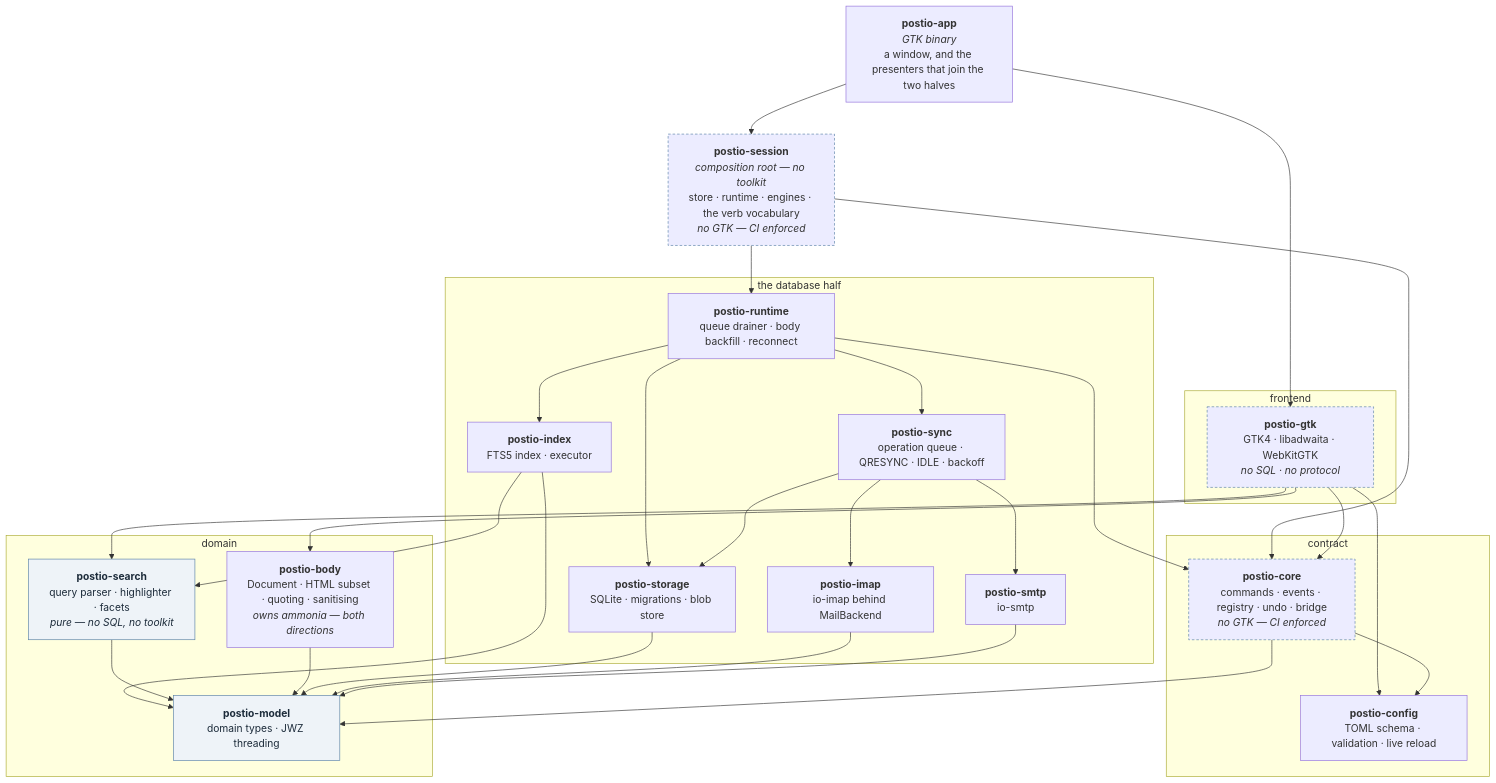
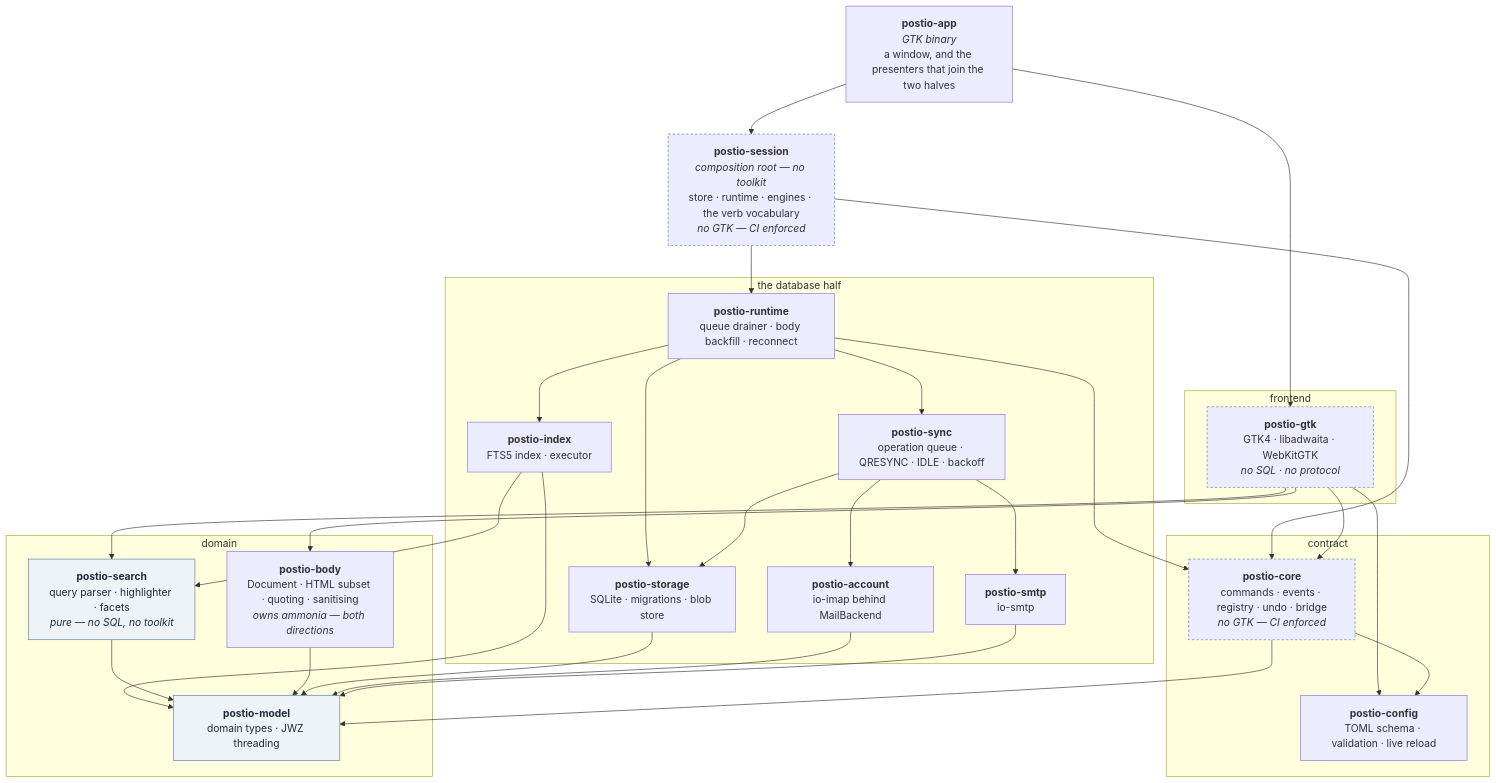
Before and after one commit to dlapiduz/postio: the diagram in docs/ARCHITECTURE.md, drawn with Mermaid. The commit also changed other lines of this file and 201 other files, not shown here.

````diff
--- a/docs/ARCHITECTURE.md
+++ b/docs/ARCHITECTURE.md
@@ -15,59 +15,59 @@
 ```mermaid
 graph TD
     app["<b>postio-app</b><br/><i>GTK binary</i><br/>a window, and the presenters that join the two halves"]
     session["<b>postio-session</b><br/><i>composition root — no toolkit</i><br/>store · runtime · engines · the verb vocabulary<br/><i>no GTK — CI enforced</i>"]
 
     subgraph view ["frontend"]
         gtk["<b>postio-gtk</b><br/>GTK4 · libadwaita · WebKitGTK<br/><i>no SQL · no protocol</i>"]
     end
 
     subgraph engine ["the database half"]
         runtime["<b>postio-runtime</b><br/>queue drainer · body backfill · reconnect"]
         sync["<b>postio-sync</b><br/>operation queue · QRESYNC · IDLE · backoff"]
-        imap["<b>postio-imap</b><br/>io-imap behind MailBackend"]
+        imap["<b>postio-account</b><br/>io-imap behind MailBackend"]
         smtp["<b>postio-smtp</b><br/>io-smtp"]
         storage["<b>postio-storage</b><br/>SQLite · migrations · blob store"]
         index["<b>postio-index</b><br/>FTS5 index · executor"]
     end
 
     subgraph contract ["contract"]
         core["<b>postio-core</b><br/>commands · events · registry · undo · bridge<br/><i>no GTK — CI enforced</i>"]
         config["<b>postio-config</b><br/>TOML schema · validation · live reload"]
     end
 
     subgraph domain ["domain"]
         search["<b>postio-search</b><br/>query parser · highlighter · facets<br/><i>pure — no SQL, no toolkit</i>"]
         body["<b>postio-body</b><br/>Document · HTML subset · quoting · sanitising<br/><i>owns ammonia — both directions</i>"]
         model["<b>postio-model</b><br/>domain types · JWZ threading"]
     end
 
     app --> session
     app --> gtk
     session --> runtime
     session --> core
     gtk --> core
     gtk --> search
     gtk --> body
     gtk --> config
     runtime --> sync
     runtime --> index
     runtime --> core
     runtime --> storage
     sync --> imap
     sync --> smtp
     sync --> storage
     index --> search
     index --> model
     core --> config
     core --> model
     search --> model
     body --> model
     storage --> model
     imap --> model
     smtp --> model
 
     classDef pure fill:#eef3f8,stroke:#5980a6,color:#1c2b3a
     classDef guard stroke-dasharray:4 3,stroke:#5980a6
     class model,search pure
     class core,gtk,session guard
 ```
````
